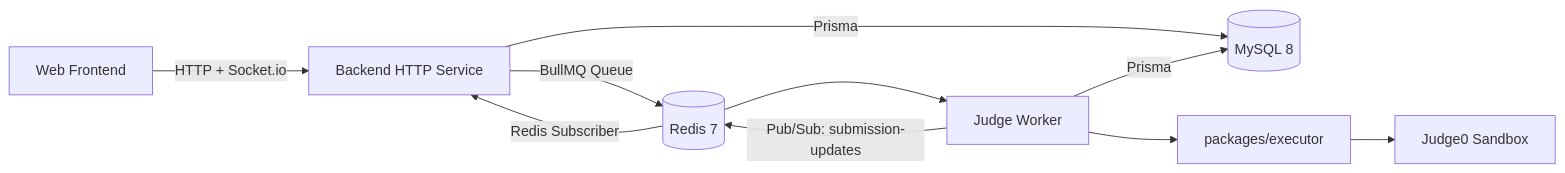
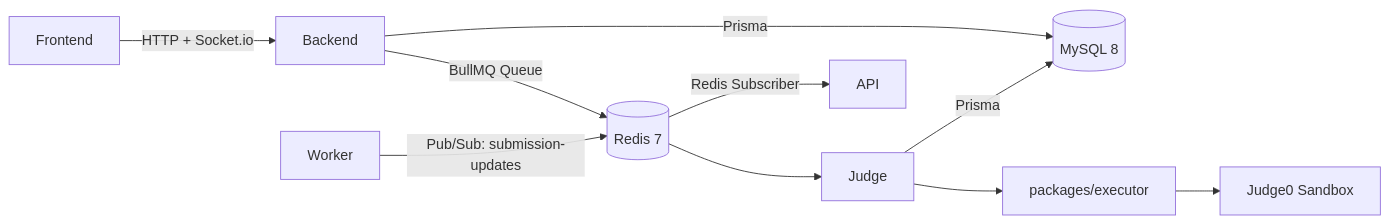
The diagram in docs/architecture.md (jack1e2401/fessior), drawn with Mermaid before and after one commit. The commit also changed other lines of this file and 202 other files, not shown here.

````diff
--- a/docs/architecture.md
+++ b/docs/architecture.md
@@ -25,12 +25,12 @@
 ```mermaid
 flowchart LR
-  Web[Web Frontend] -->|HTTP + Socket.io| API[Backend HTTP Service]
-  API -->|Prisma| MySQL[(MySQL 8)]
-  API -->|BullMQ Queue| Redis[(Redis 7)]
-  Redis --> Worker[Judge Worker]
-  Worker -->|Prisma| MySQL
-  Worker --> Executor[packages/executor]
+  Frontend[Frontend] -->|HTTP + Socket.io| Backend[Backend]
+  Backend -->|Prisma| MySQL[(MySQL 8)]
+  Backend -->|BullMQ Queue| Redis[(Redis 7)]
+  Redis --> Judge[Judge]
+  Judge -->|Prisma| MySQL
+  Judge --> Executor[packages/executor]
   Executor --> Judge0[Judge0 Sandbox]
   Worker -->|Pub/Sub: submission-updates| Redis
   Redis -->|Redis Subscriber| API
 ```
````
